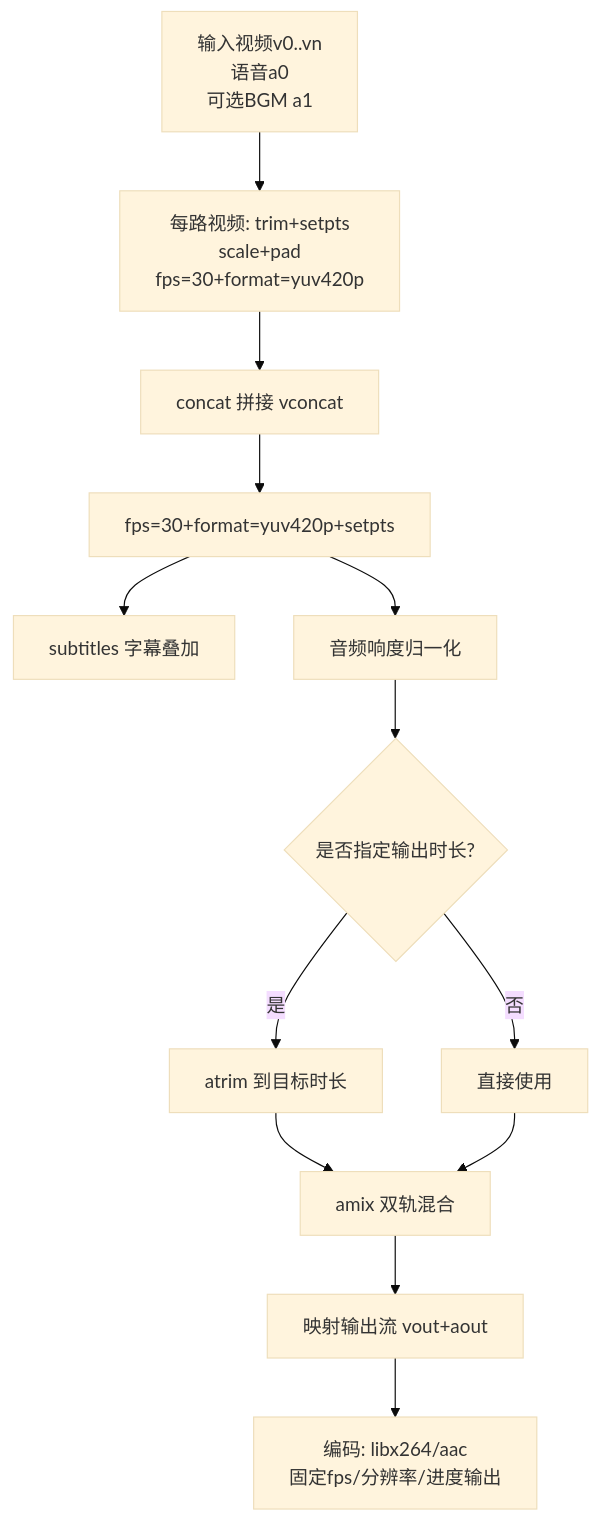
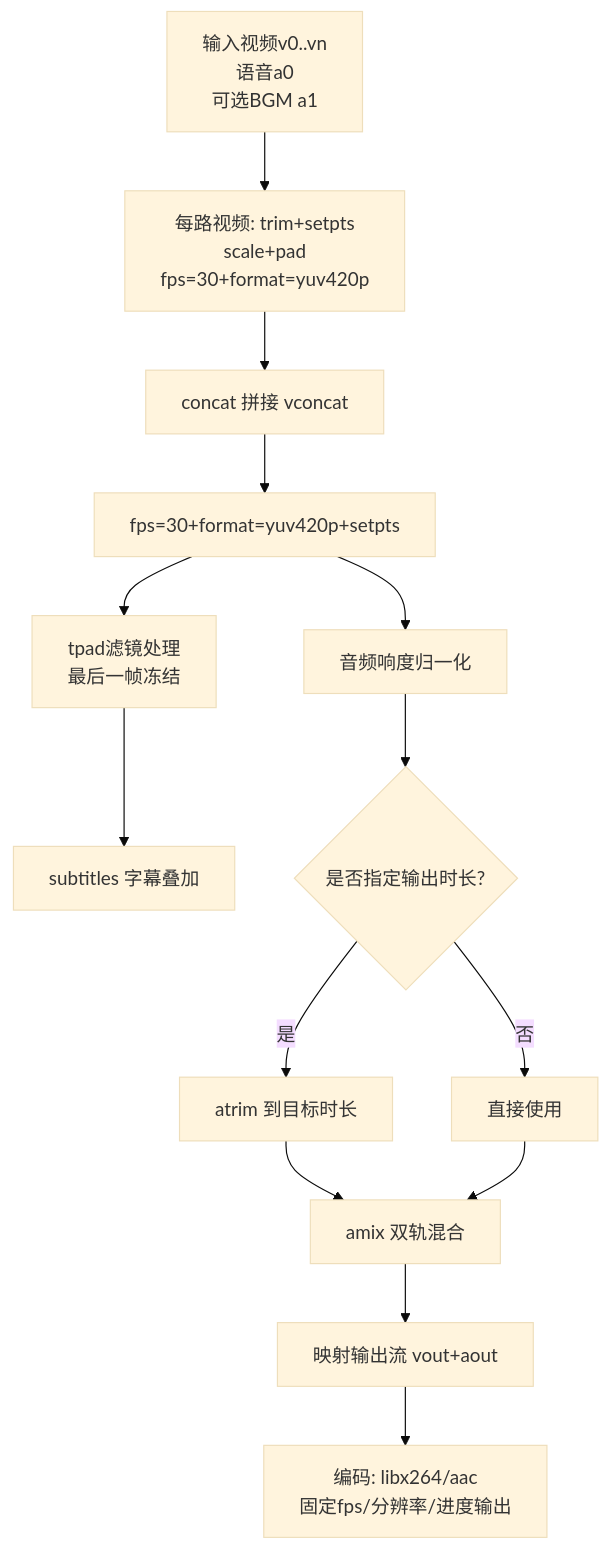
The fourth of 8 diagrams in .qoder/repowiki/zh/content/核心功能模块/视频渲染引擎.md (torans/crow.video), drawn with Mermaid (base theme) before and after one commit. The commit also changed other lines of this file and 35 other files, not shown here.

````diff
--- a/.qoder/repowiki/zh/content/核心功能模块/视频渲染引擎.md
+++ b/.qoder/repowiki/zh/content/核心功能模块/视频渲染引擎.md
@@ -166,15 +184,16 @@
 ```mermaid
 flowchart TD
 A["输入视频v0..vn<br/>语音a0<br/>可选BGM a1"] --> B["每路视频: trim+setpts<br/>scale+pad<br/>fps=30+format=yuv420p"]
 B --> C["concat 拼接 vconcat"]
 C --> D["fps=30+format=yuv420p+setpts"]
-D --> E["subtitles 字幕叠加"]
-D --> F["音频响度归一化"]
-F --> G{"是否指定输出时长?"}
-G --> |是| H["atrim 到目标时长"]
-G --> |否| I["直接使用"]
-H --> J["amix 双轨混合"]
-I --> J
-J --> K["映射输出流 vout+aout"]
-K --> L["编码: libx264/aac<br/>固定fps/分辨率/进度输出"]
+D --> E["tpad滤镜处理<br/>最后一帧冻结"]
+E --> F["subtitles 字幕叠加"]
+D --> G["音频响度归一化"]
+G --> H{"是否指定输出时长?"}
+H --> |是| I["atrim 到目标时长"]
+H --> |否| J["直接使用"]
+I --> K["amix 双轨混合"]
+J --> K
+K --> L["映射输出流 vout+aout"]
+L --> M["编码: libx264/aac<br/>固定fps/分辨率/进度输出"]
 ```
````
